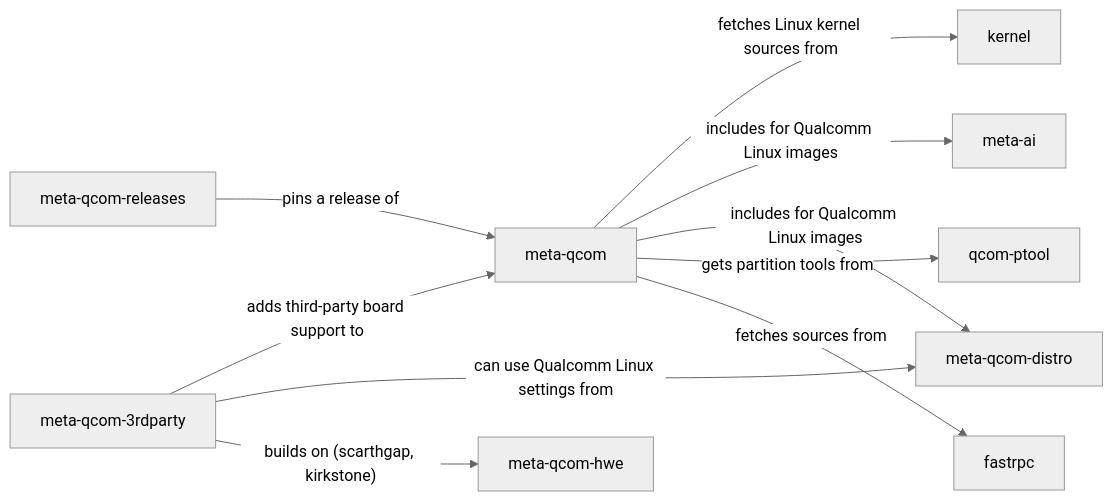
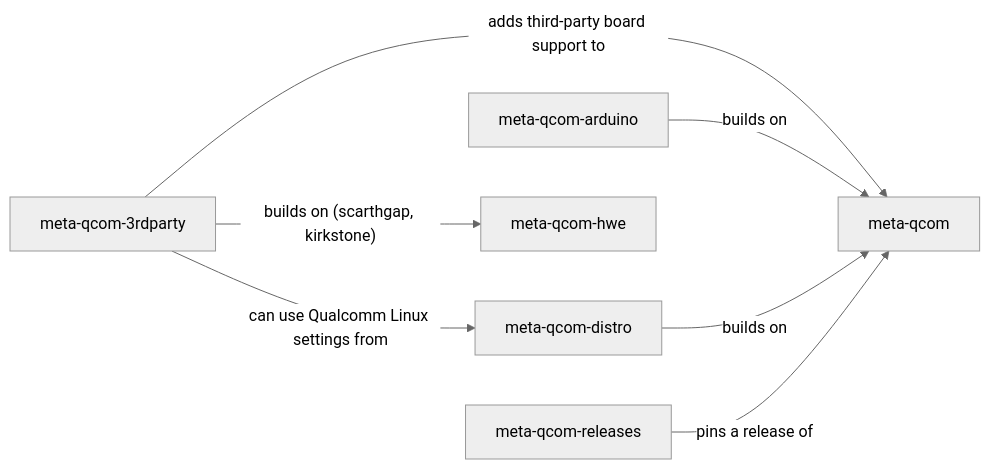
The second of 4 diagrams in README.md (devdocsorg/qualcomm-repository-map), drawn with Mermaid (neutral theme) before and after one commit. The commit also changed other lines of this file and 1 other file, not shown here.

First line of the commit message:
Record meta-qcom's audited source repositories and consumers

````diff
--- a/README.md
+++ b/README.md
@@ -17,30 +97,21 @@
 ```mermaid
 flowchart LR
-    r0["kernel"]
-    click r0 href "https://github.com/qualcomm-linux/kernel" _blank
-    r1["meta-ai"]
-    click r1 href "https://github.com/qualcomm-linux/meta-ai" _blank
-    r2["meta-qcom"]
-    click r2 href "https://github.com/qualcomm-linux/meta-qcom" _blank
-    r3["meta-qcom-3rdparty"]
-    click r3 href "https://github.com/qualcomm-linux/meta-qcom-3rdparty" _blank
-    r4["meta-qcom-distro"]
-    click r4 href "https://github.com/qualcomm-linux/meta-qcom-distro" _blank
-    r5["meta-qcom-hwe"]
-    click r5 href "https://github.com/qualcomm-linux/meta-qcom-hwe" _blank
-    r6["meta-qcom-releases"]
-    click r6 href "https://github.com/qualcomm-linux/meta-qcom-releases" _blank
-    r7["qcom-ptool"]
-    click r7 href "https://github.com/qualcomm-linux/qcom-ptool" _blank
-    r8["fastrpc"]
-    click r8 href "https://github.com/qualcomm/fastrpc" _blank
-    r2 -->|"fetches Linux kernel sources from"| r0
-    r2 -->|"includes for Qualcomm Linux images"| r1
-    r2 -->|"includes for Qualcomm Linux images"| r4
-    r2 -->|"gets partition tools from"| r7
-    r2 -->|"fetches sources from"| r8
-    r3 -->|"adds third-party board support to"| r2
-    r3 -->|"can use Qualcomm Linux settings from"| r4
-    r3 -->|"builds on (scarthgap, kirkstone)"| r5
-    r6 -->|"pins a release of"| r2
+    r0["meta-qcom"]
+    click r0 href "https://github.com/qualcomm-linux/meta-qcom" _blank
+    r1["meta-qcom-3rdparty"]
+    click r1 href "https://github.com/qualcomm-linux/meta-qcom-3rdparty" _blank
+    r2["meta-qcom-arduino"]
+    click r2 href "https://github.com/qualcomm-linux/meta-qcom-arduino" _blank
+    r3["meta-qcom-distro"]
+    click r3 href "https://github.com/qualcomm-linux/meta-qcom-distro" _blank
+    r4["meta-qcom-hwe"]
+    click r4 href "https://github.com/qualcomm-linux/meta-qcom-hwe" _blank
+    r5["meta-qcom-releases"]
+    click r5 href "https://github.com/qualcomm-linux/meta-qcom-releases" _blank
+    r1 -->|"adds third-party board support to"| r0
+    r1 -->|"can use Qualcomm Linux settings from"| r3
+    r1 -->|"builds on (scarthgap, kirkstone)"| r4
+    r2 -->|"builds on"| r0
+    r3 -->|"builds on"| r0
+    r5 -->|"pins a release of"| r0
 ```
````
